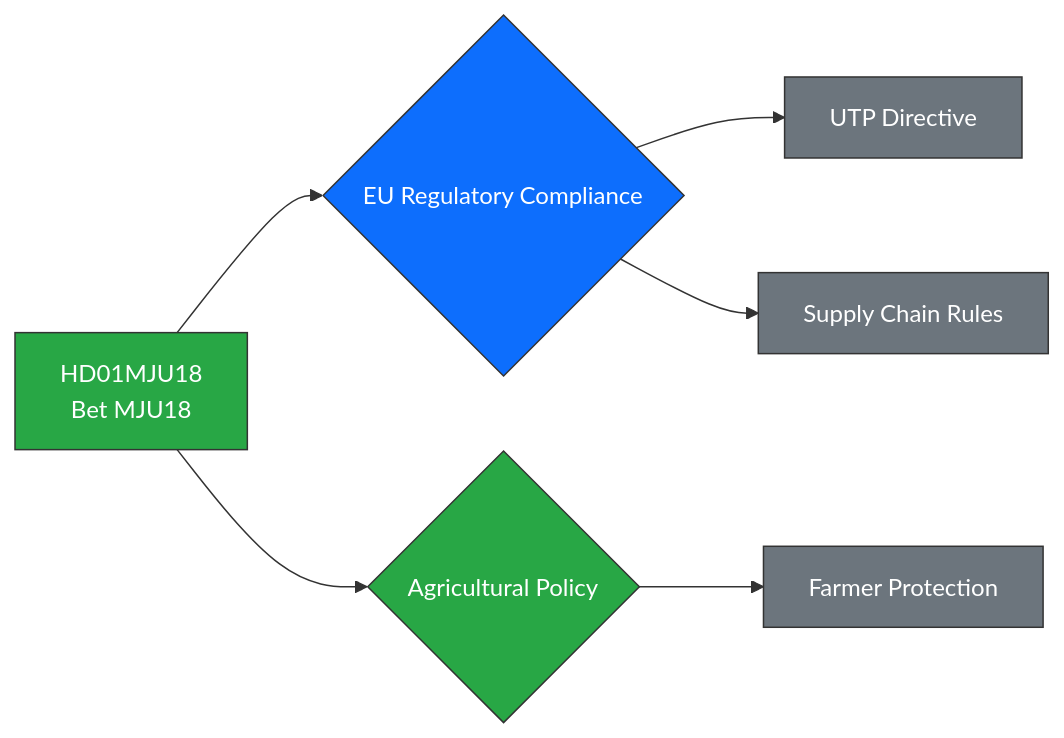
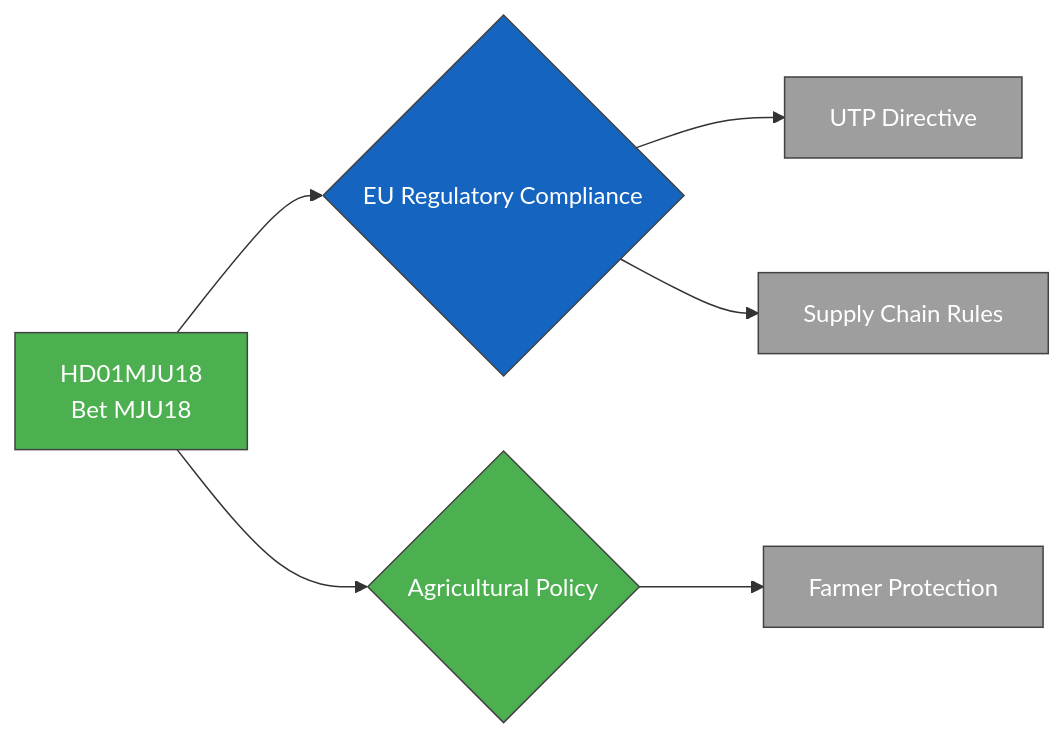
Before and after one commit to Hack23/riksdagsmonitor: the diagram in analysis/daily/2026-03-31/documents/hd01mju18-analysis.md, drawn with Mermaid. The commit also changed 785 other files, not shown here.

First line of the commit message:
Normalize mermaid colors across 786 analysis artifacts to ISMS Style Guide palette

````diff
--- a/analysis/daily/2026-03-31/documents/hd01mju18-analysis.md
+++ b/analysis/daily/2026-03-31/documents/hd01mju18-analysis.md
@@ -29,14 +29,14 @@
 ```mermaid
 graph LR
     A[HD01MJU18<br/>Bet MJU18] --> B{EU Regulatory Compliance}
     B --> C[UTP Directive]
     B --> D[Supply Chain Rules]
     A --> E{Agricultural Policy}
     E --> F[Farmer Protection]
-    style A fill:#28a745,stroke:#333,color:#fff
-    style B fill:#0d6efd,stroke:#333,color:#fff
-    style E fill:#28a745,stroke:#333,color:#fff
-    style C fill:#6c757d,stroke:#333,color:#fff
-    style D fill:#6c757d,stroke:#333,color:#fff
-    style F fill:#6c757d,stroke:#333,color:#fff
+    style A fill:#4CAF50,stroke:#424242,color:#FFFFFF
+    style B fill:#1565C0,stroke:#424242,color:#FFFFFF
+    style E fill:#4CAF50,stroke:#424242,color:#FFFFFF
+    style C fill:#9E9E9E,stroke:#424242,color:#FFFFFF
+    style D fill:#9E9E9E,stroke:#424242,color:#FFFFFF
+    style F fill:#9E9E9E,stroke:#424242,color:#FFFFFF
 ```
````
